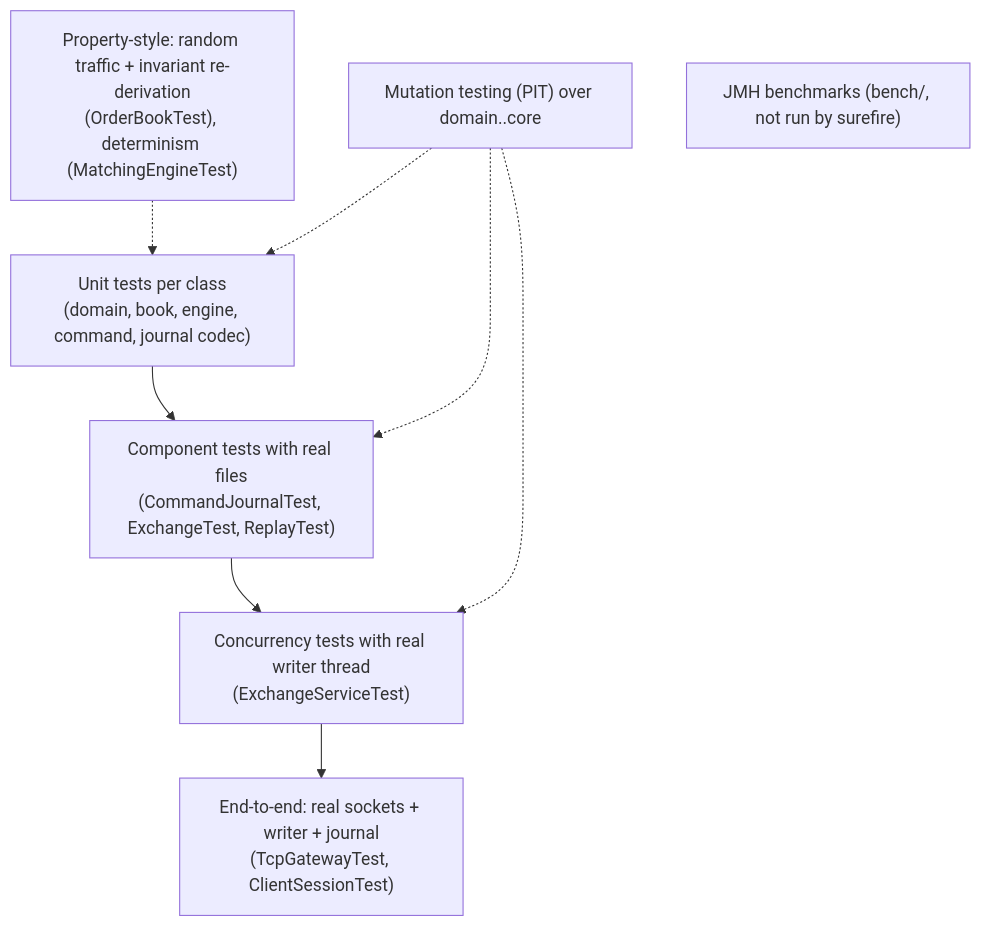
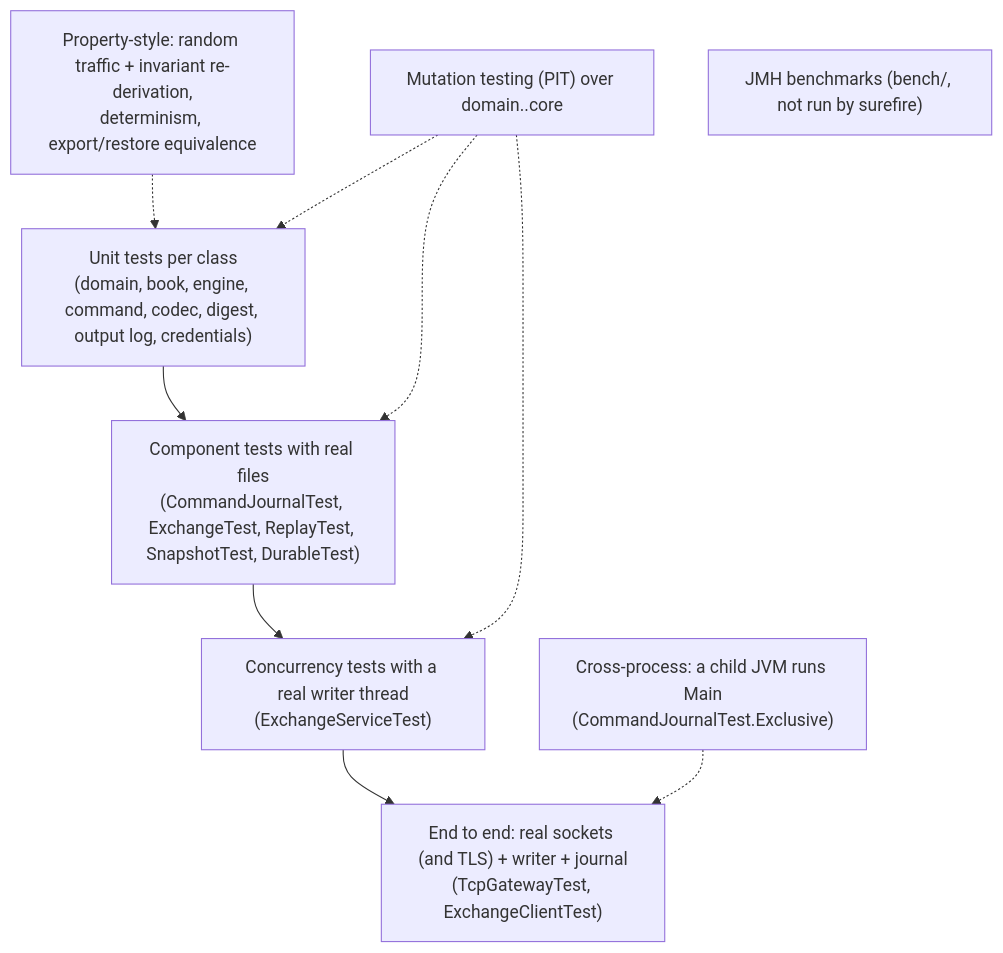
The diagram in docs/understanding/10-testing.md (SampannaNampalli/ExchangeSystem), drawn with Mermaid before and after one commit. The commit also changed other lines of this file and 30 other files, not shown here.

````diff
--- a/docs/understanding/10-testing.md
+++ b/docs/understanding/10-testing.md
@@ -27,9 +29,10 @@
 ```mermaid
 flowchart TB
-    U["Unit tests per class<br/>(domain, book, engine, command, journal codec)"] --> C["Component tests with real files<br/>(CommandJournalTest, ExchangeTest, ReplayTest)"]
-    C --> T["Concurrency tests with real writer thread<br/>(ExchangeServiceTest)"]
-    T --> E["End-to-end: real sockets + writer + journal<br/>(TcpGatewayTest, ClientSessionTest)"]
-    P["Property-style: random traffic + invariant re-derivation<br/>(OrderBookTest), determinism (MatchingEngineTest)"] -.-> U
+    U["Unit tests per class<br/>(domain, book, engine, command, codec, digest, output log, credentials)"] --> C["Component tests with real files<br/>(CommandJournalTest, ExchangeTest, ReplayTest, SnapshotTest, DurableTest)"]
+    C --> T["Concurrency tests with a real writer thread<br/>(ExchangeServiceTest)"]
+    T --> E["End to end: real sockets (and TLS) + writer + journal<br/>(TcpGatewayTest, ExchangeClientTest)"]
+    X["Cross-process: a child JVM runs Main<br/>(CommandJournalTest.Exclusive)"] -.-> E
+    P["Property-style: random traffic + invariant re-derivation,<br/>determinism, export/restore equivalence"] -.-> U
     M["Mutation testing (PIT) over domain..core"] -.-> U & C & T
     B["JMH benchmarks (bench/, not run by surefire)"]
 ```
````
